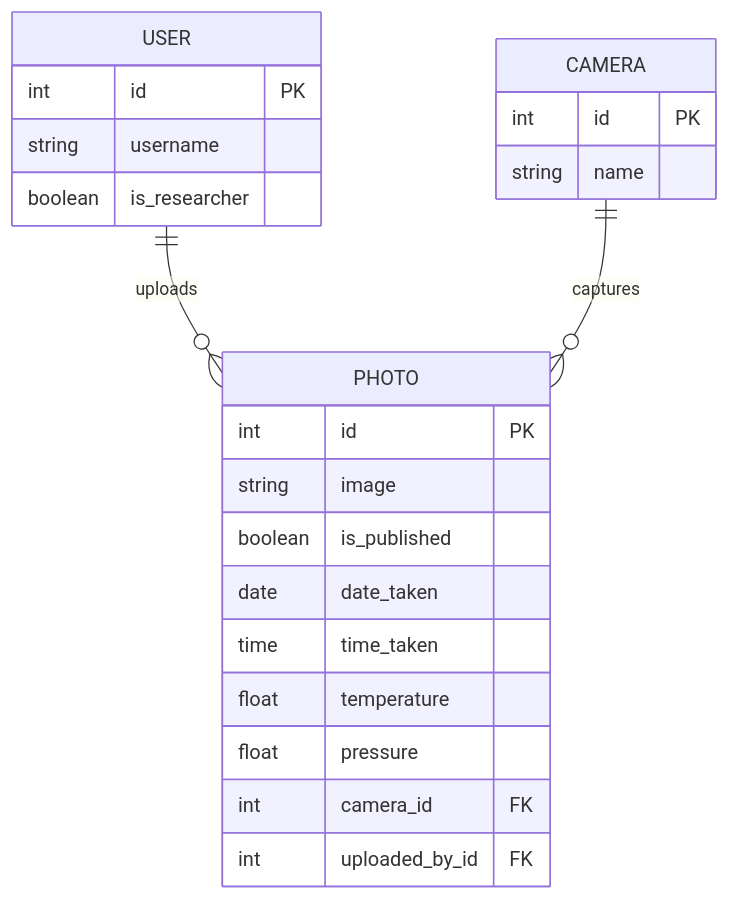
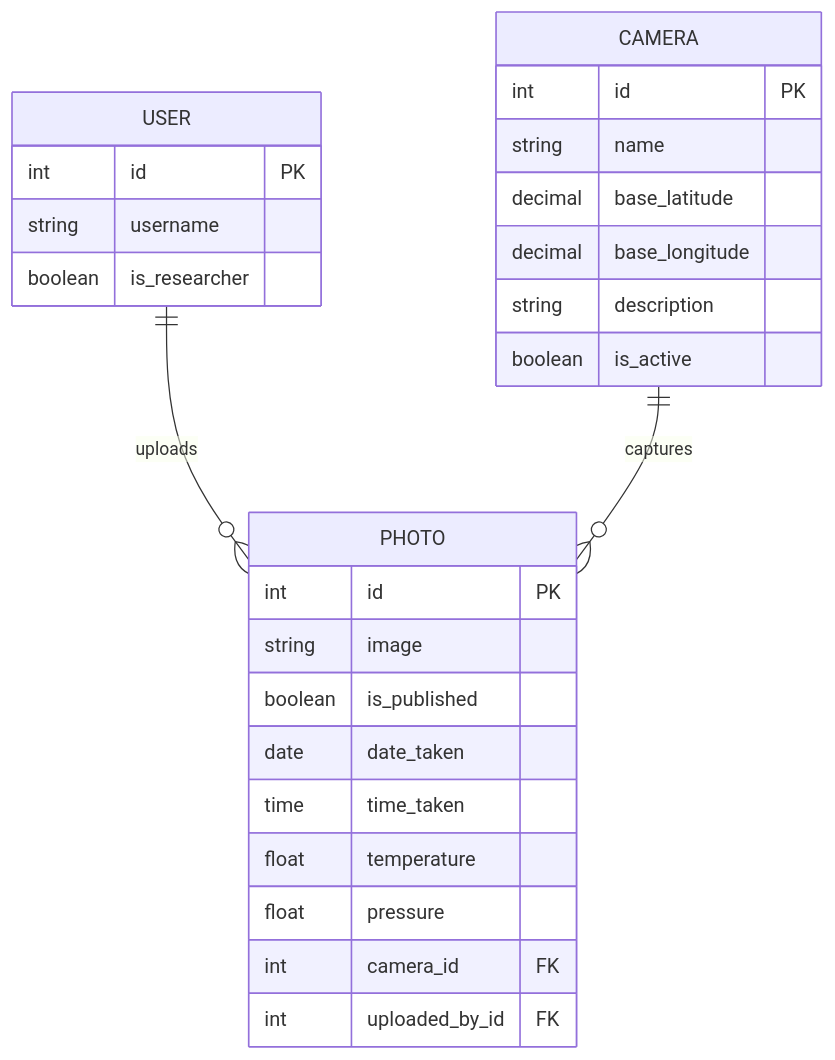
One commit to RyanEAA/django-trailcam-animal-tracker changed the third of 3 diagrams in README.md. Above: the diagram before and after it, drawn with Mermaid. The commit also changed other lines of this file and 1 other file, not shown here.

Commit message:
updated userflow diagram, system architecture diagram and data model diagram in readme file

````diff
--- a/README.md
+++ b/README.md
@@ -366,29 +405,32 @@
 ```mermaid
 erDiagram
-  USER ||--o{ PHOTO : "uploads"
-  CAMERA ||--o{ PHOTO : "captures"
+  USER ||--o{ PHOTO : uploads
+  CAMERA ||--o{ PHOTO : captures
 
   USER {
     int id PK
     string username
     boolean is_researcher
   }
 
   CAMERA {
     int id PK
     string name
+    decimal base_latitude
+    decimal base_longitude
+    string description
+    boolean is_active
   }
 
   PHOTO {
     int id PK
     string image
     boolean is_published
     date date_taken
     time time_taken
     float temperature
     float pressure
     int camera_id FK
     int uploaded_by_id FK
   }
-
 ```
````
